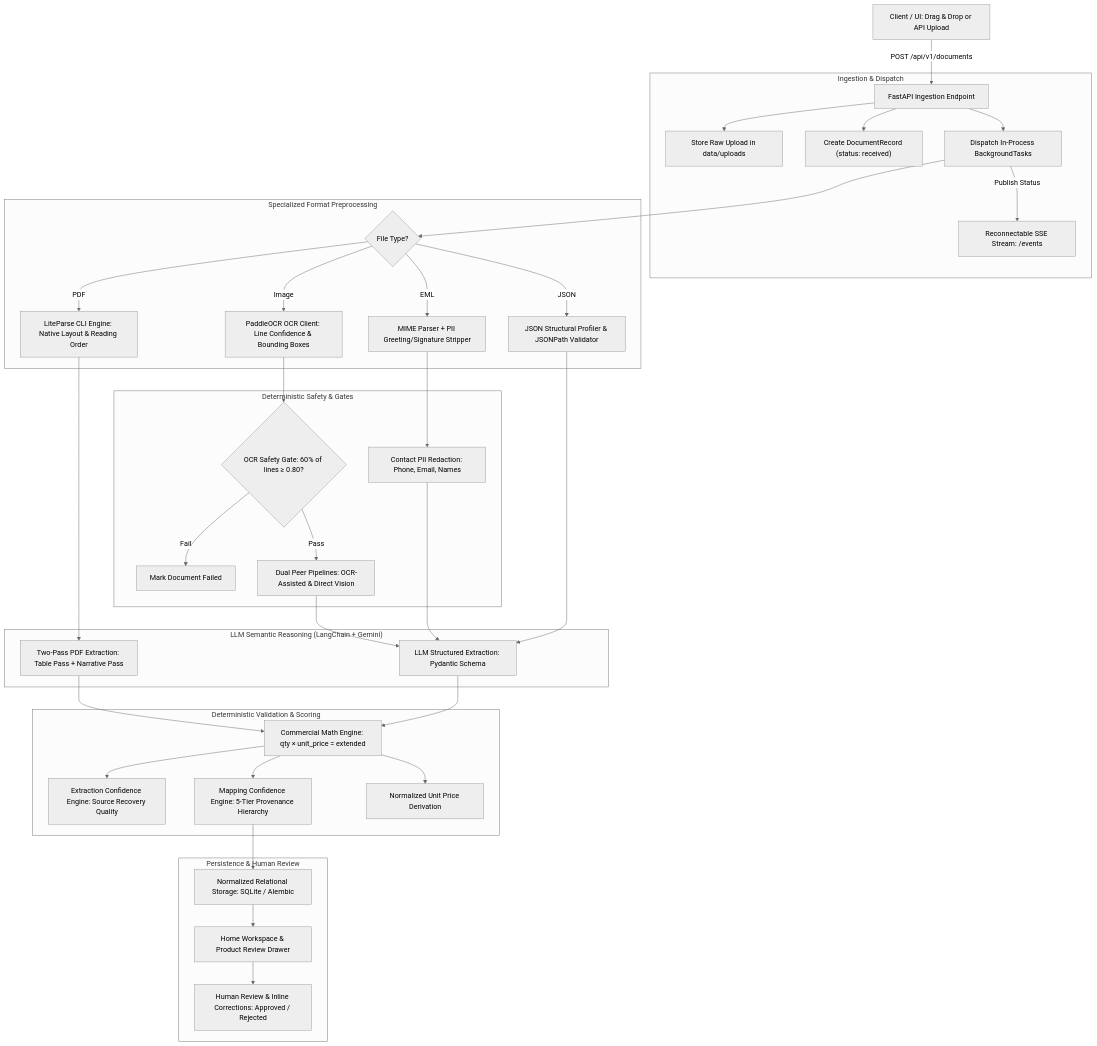
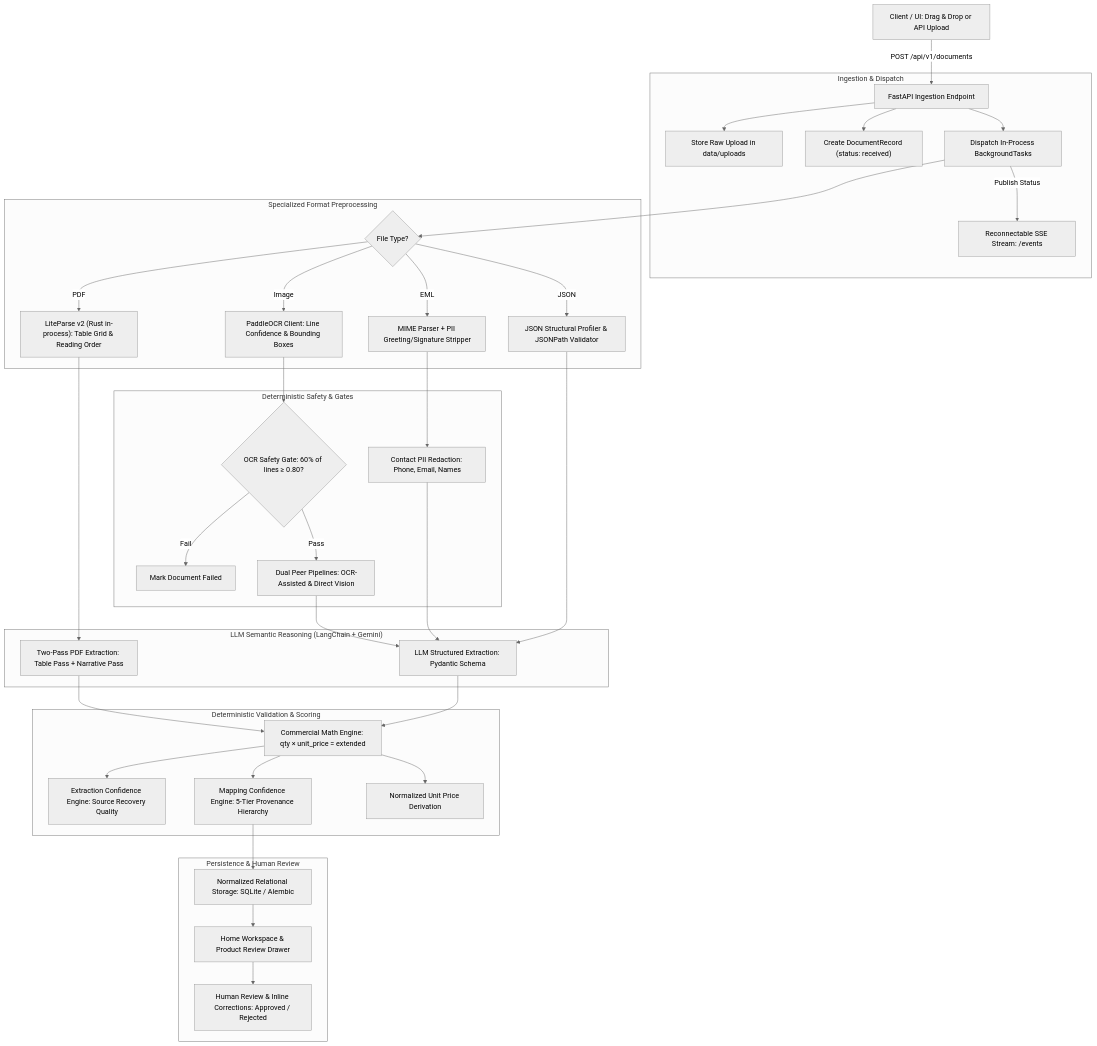
Before and after one commit to DreKwasi/axmed_document_ingestion: the first of 4 diagrams in docs/system/system-architecture-deep-dive.md, drawn with Mermaid (neutral theme). The commit also changed other lines of this file, not shown here.

Commit message:
updated architecture

````diff
--- a/docs/system/system-architecture-deep-dive.md
+++ b/docs/system/system-architecture-deep-dive.md
@@ -86,47 +86,47 @@
 ```mermaid
 flowchart TD
     A["Client / UI: Drag & Drop or API Upload"] -->|POST /api/v1/documents| B["FastAPI Ingestion Endpoint"]
     
     subgraph Ingestion ["Ingestion & Dispatch"]
         B --> C["Store Raw Upload in data/uploads"]
         B --> D["Create DocumentRecord (status: received)"]
         B --> E["Dispatch In-Process BackgroundTasks"]
         E -->|Publish Status| F["Reconnectable SSE Stream: /events"]
     end
 
     subgraph Preprocessing ["Specialized Format Preprocessing"]
         E --> G{"File Type?"}
         G -->|JSON| H["JSON Structural Profiler & JSONPath Validator"]
-        G -->|PDF| I["LiteParse CLI Engine: Native Layout & Reading Order"]
+        G -->|PDF| I["LiteParse v2 (Rust in-process): Table Grid & Reading Order"]
         G -->|EML| J["MIME Parser + PII Greeting/Signature Stripper"]
-        G -->|Image| K["PaddleOCR OCR Client: Line Confidence & Bounding Boxes"]
+        G -->|Image| K["PaddleOCR Client: Line Confidence & Bounding Boxes"]
     end
 
     subgraph Safety ["Deterministic Safety & Gates"]
         K --> L{"OCR Safety Gate: 60% of lines &ge; 0.80?"}
         L -->|Fail| M["Mark Document Failed"]
         L -->|Pass| N["Dual Peer Pipelines: OCR-Assisted & Direct Vision"]
         J --> O["Contact PII Redaction: Phone, Email, Names"]
     end
 
     subgraph LLM ["LLM Semantic Reasoning (LangChain + Gemini)"]
         H --> P["LLM Structured Extraction: Pydantic Schema"]
         I --> Q["Two-Pass PDF Extraction: Table Pass + Narrative Pass"]
         O --> P
         N --> P
     end
 
     subgraph Validation ["Deterministic Validation & Scoring"]
         P --> R["Commercial Math Engine: qty &times; unit_price = extended"]
         Q --> R
         R --> S["Extraction Confidence Engine: Source Recovery Quality"]
         R --> T["Mapping Confidence Engine: 5-Tier Provenance Hierarchy"]
         R --> U["Normalized Unit Price Derivation"]
     end
 
     subgraph Persistence ["Persistence & Human Review"]
         T --> V["Normalized Relational Storage: SQLite / Alembic"]
         V --> W["Home Workspace & Product Review Drawer"]
         W --> X["Human Review & Inline Corrections: Approved / Rejected"]
     end
 ```
````
